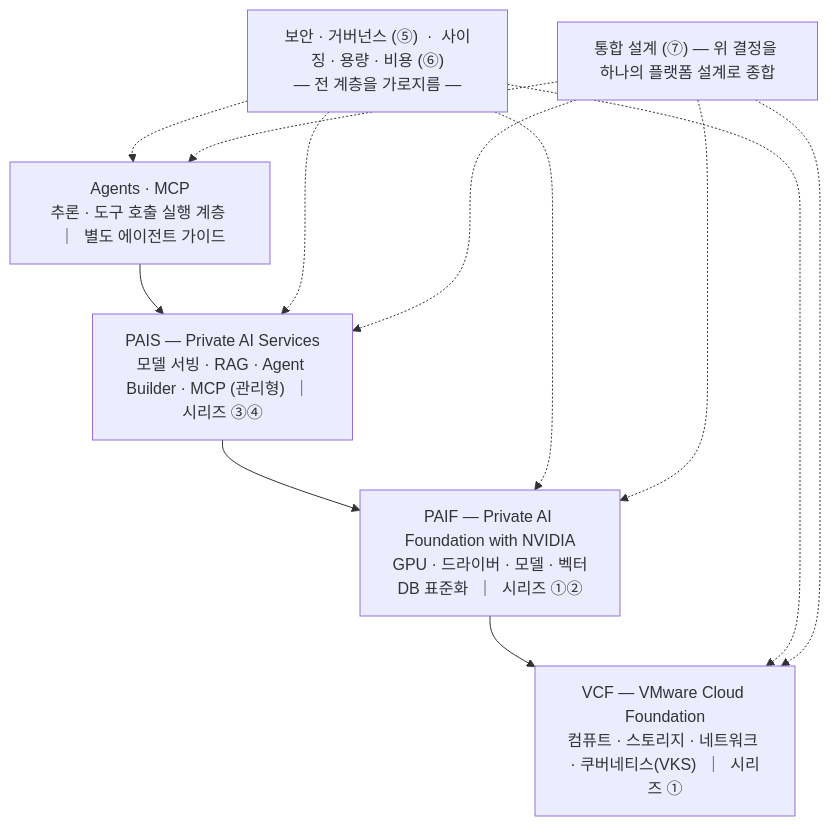
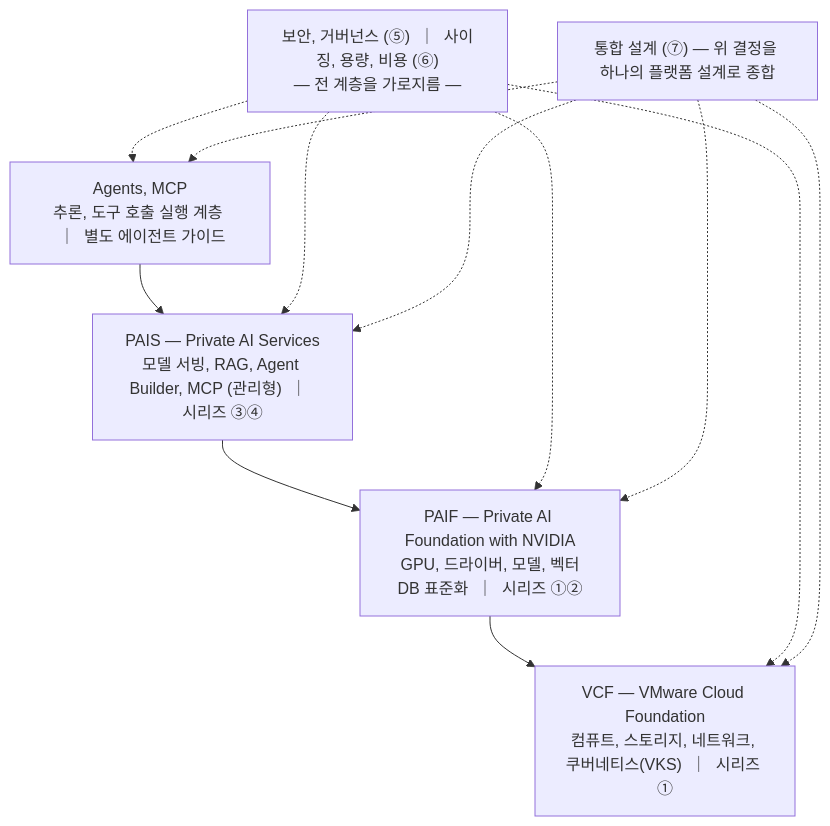
Before and after one commit to JaeHoYun/vcf-private-ai: the diagram in README.md, drawn with Mermaid. The commit also changed other lines of this file and 92 other files, not shown here.

````diff
--- a/README.md
+++ b/README.md
@@ -38,18 +38,18 @@
 ```mermaid
 flowchart TB
-    A["Agents · MCP<br/>추론 · 도구 호출 실행 계층 &nbsp;｜&nbsp; 별도 에이전트 가이드"]
-    P["PAIS — Private AI Services<br/>모델 서빙 · RAG · Agent Builder · MCP (관리형) &nbsp;｜&nbsp; 시리즈 ③④"]
-    F["PAIF — Private AI Foundation with NVIDIA<br/>GPU · 드라이버 · 모델 · 벡터DB 표준화 &nbsp;｜&nbsp; 시리즈 ①②"]
-    V["VCF — VMware Cloud Foundation<br/>컴퓨트 · 스토리지 · 네트워크 · 쿠버네티스(VKS) &nbsp;｜&nbsp; 시리즈 ①"]
+    A["Agents, MCP<br/>추론, 도구 호출 실행 계층 &nbsp;｜&nbsp; 별도 에이전트 가이드"]
+    P["PAIS — Private AI Services<br/>모델 서빙, RAG, Agent Builder, MCP (관리형) &nbsp;｜&nbsp; 시리즈 ③④"]
+    F["PAIF — Private AI Foundation with NVIDIA<br/>GPU, 드라이버, 모델, 벡터DB 표준화 &nbsp;｜&nbsp; 시리즈 ①②"]
+    V["VCF — VMware Cloud Foundation<br/>컴퓨트, 스토리지, 네트워크, 쿠버네티스(VKS) &nbsp;｜&nbsp; 시리즈 ①"]
     A --> P --> F --> V
-    X["보안 · 거버넌스 (⑤) &nbsp;·&nbsp; 사이징 · 용량 · 비용 (⑥)<br/>— 전 계층을 가로지름 —"]
+    X["보안, 거버넌스 (⑤) &nbsp;｜&nbsp; 사이징, 용량, 비용 (⑥)<br/>— 전 계층을 가로지름 —"]
     X -.-> A
     X -.-> P
     X -.-> F
     X -.-> V
     Y["통합 설계 (⑦) — 위 결정을 하나의 플랫폼 설계로 종합"]
     Y -.-> A
     Y -.-> P
     Y -.-> F
     Y -.-> V
 ```
````
